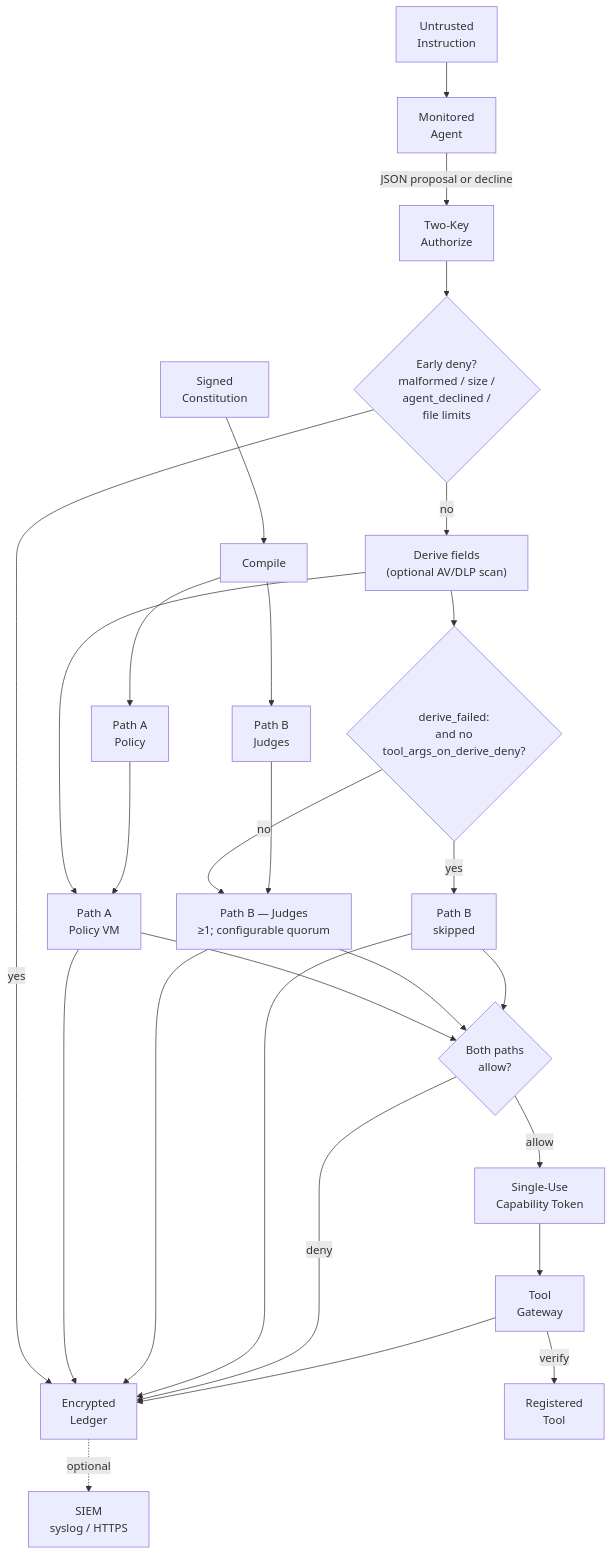
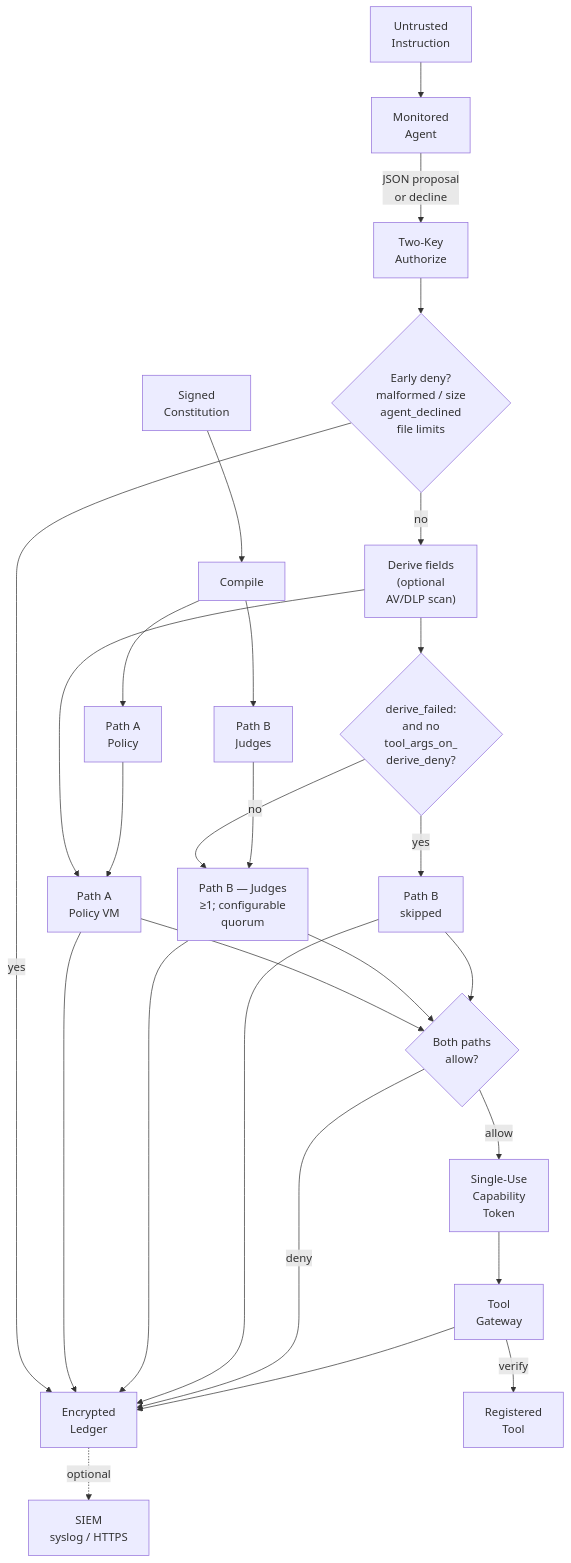
One commit to Insomniac-VibeLabs/two-key changed the second of 4 diagrams in README.md. Above: the diagram before and after it, drawn with Mermaid.

````diff
--- a/README.md
+++ b/README.md
@@ -269,38 +269,38 @@
 ```mermaid
 flowchart TD
   constitution["Signed<br/>Constitution"] --> compile["Compile"]
   compile --> bytecode["Path A<br/>Policy"]
   compile --> judgeText["Path B<br/>Judges"]
 
   instruction["Untrusted<br/>Instruction"] --> agent["Monitored<br/>Agent"]
-  agent -->|"JSON proposal or decline"| authorize["Two-Key<br/>Authorize"]
+  agent -->|"JSON proposal<br/>or decline"| authorize["Two-Key<br/>Authorize"]
 
-  authorize --> early{"Early deny?<br/>malformed / size /<br/>agent_declined /<br/>file limits"}
+  authorize --> early{"Early deny?<br/>malformed / size<br/>agent_declined<br/>file limits"}
   early -->|yes| ledger["Encrypted<br/>Ledger"]
-  early -->|no| derive["Derive fields<br/>(optional AV/DLP scan)"]
+  early -->|no| derive["Derive fields<br/>(optional<br/>AV/DLP scan)"]
 
   derive --> pathA["Path A<br/>Policy VM"]
   bytecode --> pathA
 
-  derive --> pbCheck{"derive_failed:<br/>and no<br/>tool_args_on_derive_deny?"}
+  derive --> pbCheck{"derive_failed:<br/>and no<br/>tool_args_on_<br/>derive_deny?"}
   pbCheck -->|yes| skipped["Path B<br/>skipped"]
-  pbCheck -->|no| pathB["Path B — Judges<br/>≥1; configurable quorum"]
+  pbCheck -->|no| pathB["Path B — Judges<br/>≥1; configurable<br/>quorum"]
   judgeText --> pathB
 
   pathA --> gate{"Both paths<br/>allow?"}
   pathB --> gate
   skipped --> gate
 
   pathA --> ledger
   pathB --> ledger
   skipped --> ledger
 
   gate -->|deny| ledger
-  gate -->|allow| token["Single-Use<br/>Capability Token"]
+  gate -->|allow| token["Single-Use<br/>Capability<br/>Token"]
 
   token --> gateway["Tool<br/>Gateway"]
   gateway -->|"verify"| tool["Registered<br/>Tool"]
   gateway --> ledger
 
   ledger -.->|"optional"| siem["SIEM<br/>syslog / HTTPS"]
 ```
````
